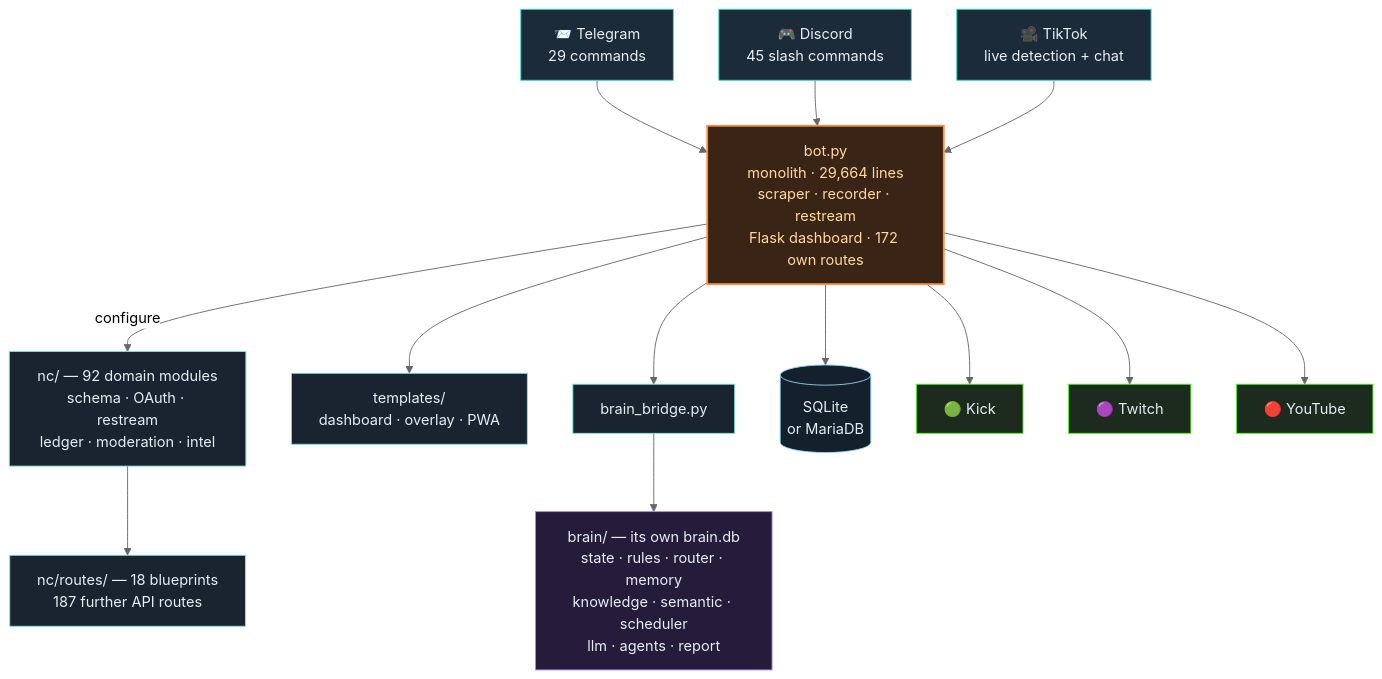
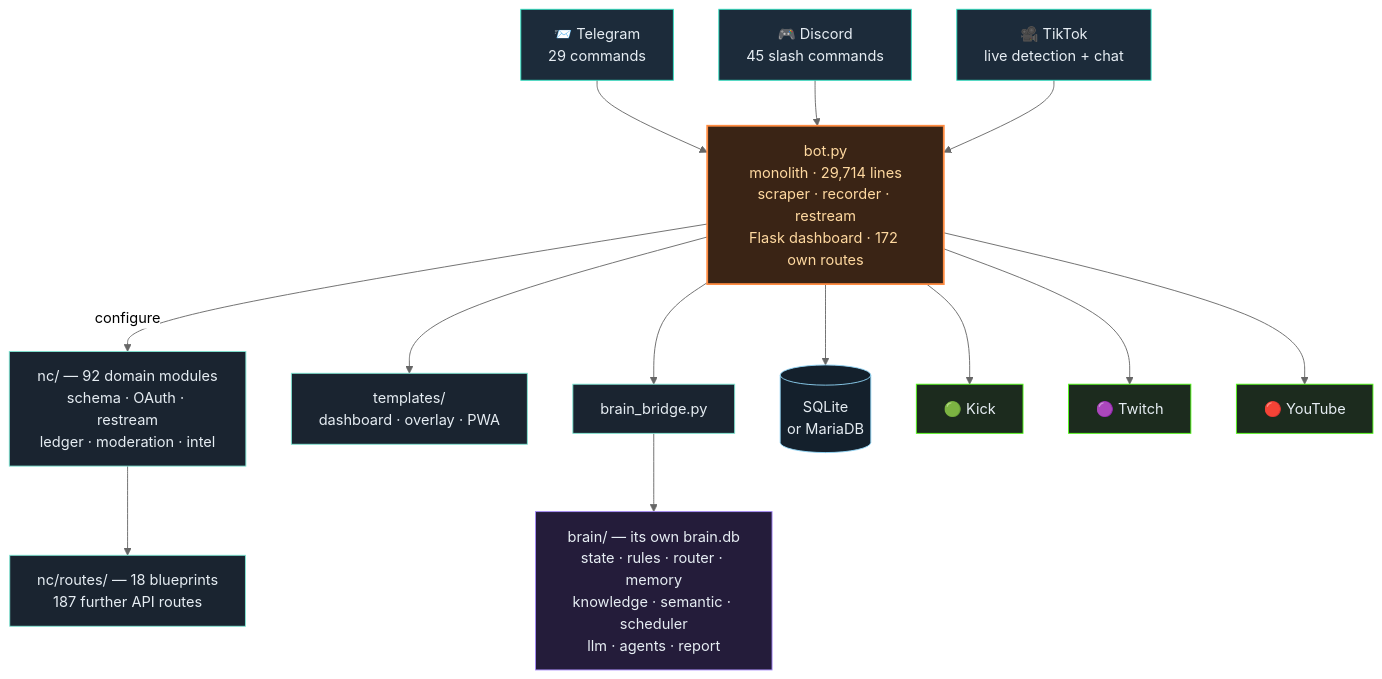
One commit to itsamemedev/Telegram-Stream-Info-Bot changed the third of 4 diagrams in README.en.md. Above: the diagram before and after it, drawn with Mermaid (neutral theme). The commit also changed other lines of this file and 10 other files, not shown here.

````diff
--- a/README.en.md
+++ b/README.en.md
@@ -190,30 +190,30 @@
 ```mermaid
 flowchart TB
     TG["📨 Telegram<br/>29 commands"]:::ein
     DC["🎮 Discord<br/>45 slash commands"]:::ein
     TT["🎥 TikTok<br/>live detection + chat"]:::ein
 
     TG --> BOT
     DC --> BOT
     TT --> BOT
 
-    BOT["bot.py<br/>monolith · 29,664 lines<br/>scraper · recorder · restream<br/>Flask dashboard · 172 own routes"]:::core
+    BOT["bot.py<br/>monolith · 29,714 lines<br/>scraper · recorder · restream<br/>Flask dashboard · 172 own routes"]:::core
 
     BOT -->|configure| NC["nc/ — 92 domain modules<br/>schema · OAuth · restream<br/>ledger · moderation · intel"]:::lib
     NC --> RT["nc/routes/ — 18 blueprints<br/>187 further API routes"]:::lib
     BOT --> TPL["templates/<br/>dashboard · overlay · PWA"]:::lib
     BOT --> BR["brain_bridge.py"]:::lib
     BR --> BRAIN["brain/ — its own brain.db<br/>state · rules · router · memory<br/>knowledge · semantic · scheduler<br/>llm · agents · report"]:::brain
     BOT --> DB[("SQLite<br/>or MariaDB")]:::db
 
     BOT --> KICK["🟢 Kick"]:::out
     BOT --> TW["🟣 Twitch"]:::out
     BOT --> YT["🔴 YouTube"]:::out
 
     classDef ein fill:#1c2b3a,stroke:#2de1c2,color:#e6edf3
     classDef core fill:#3a2415,stroke:#ff8c42,stroke-width:2px,color:#ffd9a0
     classDef lib fill:#1a2430,stroke:#7fe7d4,color:#e6edf3
     classDef brain fill:#241c3a,stroke:#a78bfa,color:#e6edf3
     classDef db fill:#14202c,stroke:#8fd3f4,color:#e6edf3
     classDef out fill:#1c2b1e,stroke:#53fc18,color:#e6edf3
 ```
````
